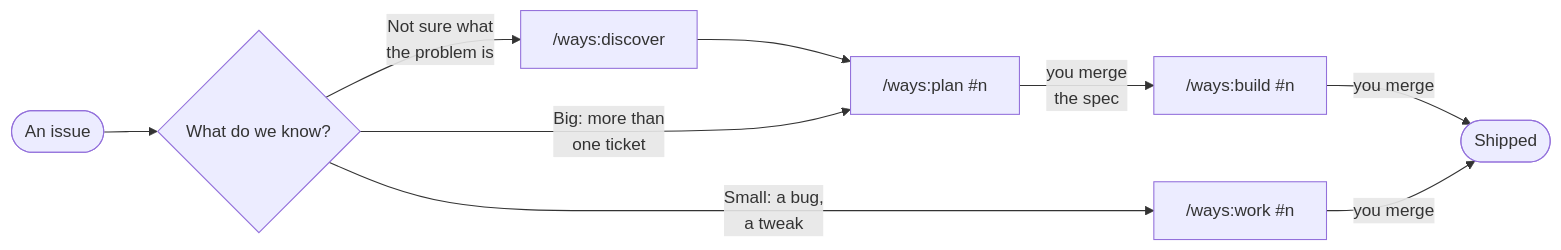
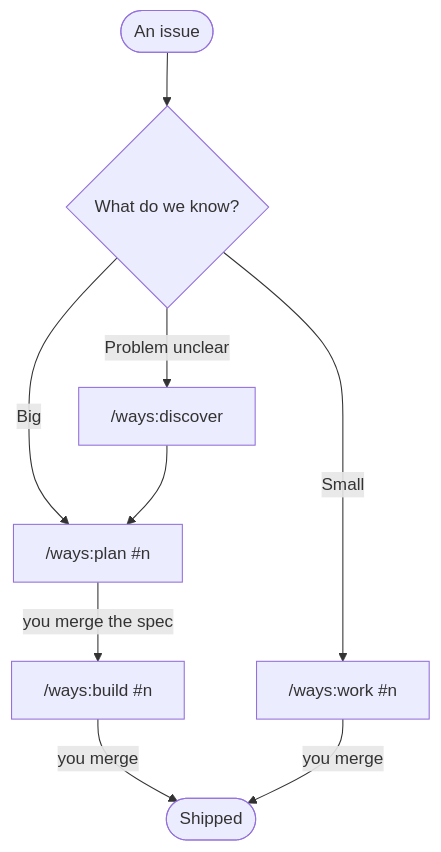
One commit to rattling/ways-of-working changed the diagram in README.md. Above: the diagram before and after it, drawn with Mermaid.

Commit message:
README: the flow diagram top-down, so it reads at README width

````diff
--- a/README.md
+++ b/README.md
@@ -44,11 +44,11 @@
 ```mermaid
-flowchart LR
+flowchart TD
     I([An issue]) --> Q{What do we know?}
-    Q -->|"Not sure what<br/>the problem is"| D["/ways:discover"]
+    Q -->|Problem unclear| D["/ways:discover"]
+    Q -->|Big| P["/ways:plan #n"]
+    Q -->|Small| W["/ways:work #n"]
     D --> P
-    Q -->|"Big: more than<br/>one ticket"| P["/ways:plan #n"]
-    P -->|"you merge<br/>the spec"| B["/ways:build #n"]
-    Q -->|"Small: a bug,<br/>a tweak"| W["/ways:work #n"]
+    P -->|you merge the spec| B["/ways:build #n"]
     B -->|you merge| S([Shipped])
     W -->|you merge| S
 ```
````
